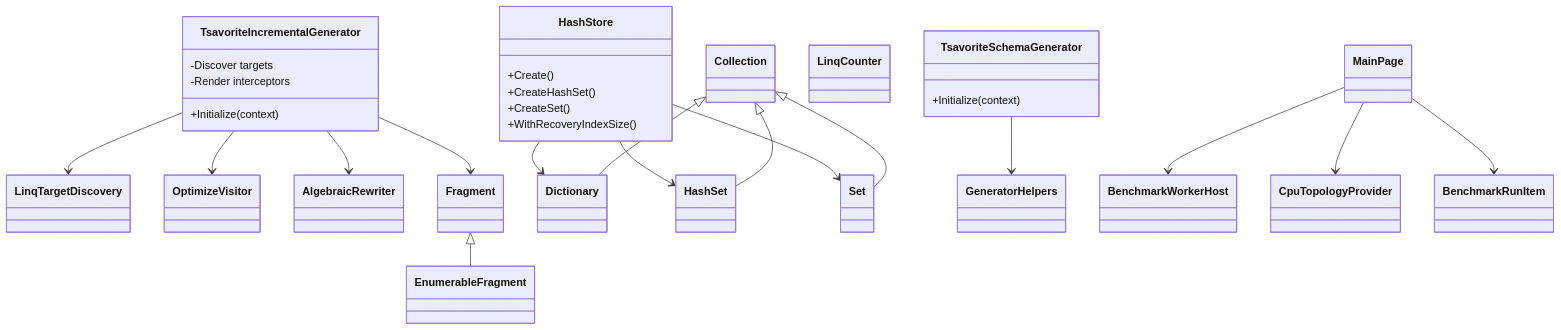
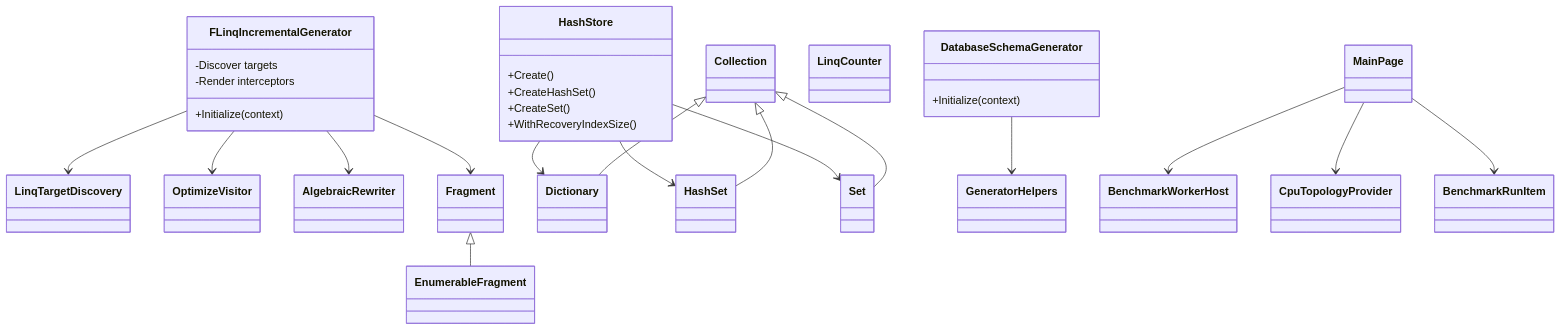
Before and after one commit to AloneCraft/Seamless: the diagram in Document/Code/Internal/StructuralDiagrams/ClassDiagram.md, drawn with Mermaid. The commit also changed other lines of this file and 709 other files, not shown here.

Commit message:
Chart表示

````diff
--- a/Document/Code/Internal/StructuralDiagrams/ClassDiagram.md
+++ b/Document/Code/Internal/StructuralDiagrams/ClassDiagram.md
@@ -20,48 +20,48 @@
 ```mermaid
 classDiagram
-    class TsavoriteIncrementalGenerator {
+    class FLinqIncrementalGenerator {
       +Initialize(context)
       -Discover targets
       -Render interceptors
     }
     class LinqTargetDiscovery
     class OptimizeVisitor
     class AlgebraicRewriter
     class Fragment
     class EnumerableFragment
     class HashStore {
       +Create()
       +CreateHashSet()
       +CreateSet()
       +WithRecoveryIndexSize()
     }
     class Collection
     class Dictionary
     class HashSet
     class Set
     class LinqCounter
-    class TsavoriteSchemaGenerator {
+    class DatabaseSchemaGenerator {
       +Initialize(context)
     }
     class GeneratorHelpers
     class MainPage
     class BenchmarkWorkerHost
     class CpuTopologyProvider
     class BenchmarkRunItem
 
-    TsavoriteIncrementalGenerator --> LinqTargetDiscovery
-    TsavoriteIncrementalGenerator --> OptimizeVisitor
-    TsavoriteIncrementalGenerator --> AlgebraicRewriter
-    TsavoriteIncrementalGenerator --> Fragment
+    FLinqIncrementalGenerator --> LinqTargetDiscovery
+    FLinqIncrementalGenerator --> OptimizeVisitor
+    FLinqIncrementalGenerator --> AlgebraicRewriter
+    FLinqIncrementalGenerator --> Fragment
     Fragment <|-- EnumerableFragment
     HashStore --> Dictionary
     HashStore --> HashSet
     HashStore --> Set
     Collection <|-- Dictionary
     Collection <|-- HashSet
     Collection <|-- Set
-    TsavoriteSchemaGenerator --> GeneratorHelpers
+    DatabaseSchemaGenerator --> GeneratorHelpers
     MainPage --> BenchmarkWorkerHost
     MainPage --> CpuTopologyProvider
     MainPage --> BenchmarkRunItem
 ```
````
